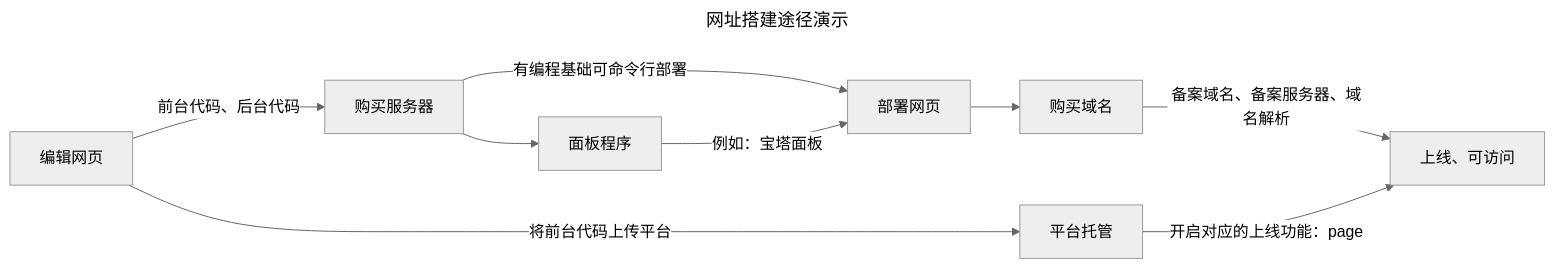
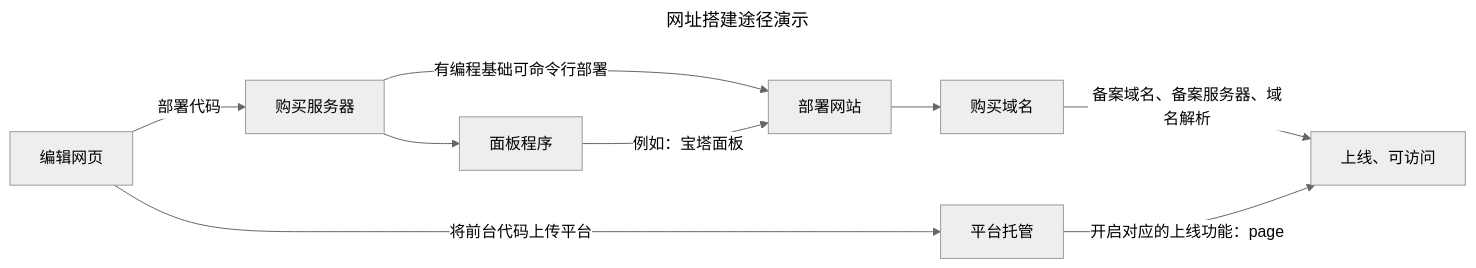
The diagram in root-docs/zo-repo/build-site/01 基础知识/01 建站途径.md (hengqianfan/zo-notes), drawn with Mermaid (neutral theme) before and after one commit. The commit also changed other lines of this file and 20 other files, not shown here.

````diff
--- a/root-docs/zo-repo/build-site/01 基础知识/01 建站途径.md
+++ b/root-docs/zo-repo/build-site/01 基础知识/01 建站途径.md
@@ -24,12 +7,12 @@
 ```mermaid
 ---
 title: 网址搭建途径演示
 ---
 flowchart LR
-  A[编辑网页] -->|前台代码、后台代码|B[购买服务器]      
-  B --> |有编程基础可命令行部署|C[部署网页]
+  A[编辑网页] -->|部署代码|B[购买服务器]      
+  B --> |有编程基础可命令行部署|C[部署网站]
   C --> D[购买域名]
   D -->|备案域名、备案服务器、域名解析|E[上线、可访问]
   A --> |将前台代码上传平台|F[平台托管] -->|开启对应的上线功能：page|E
   B --> H[面板程序] --> |例如：宝塔面板|C
 ```
````
